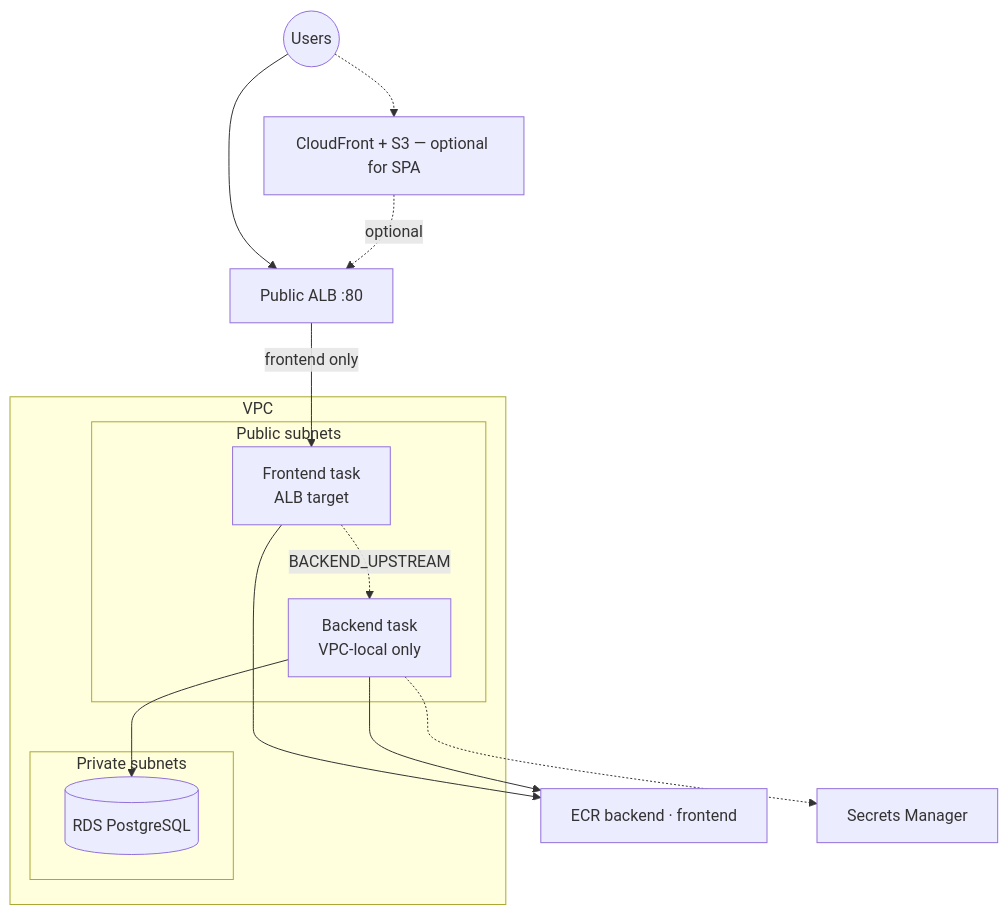
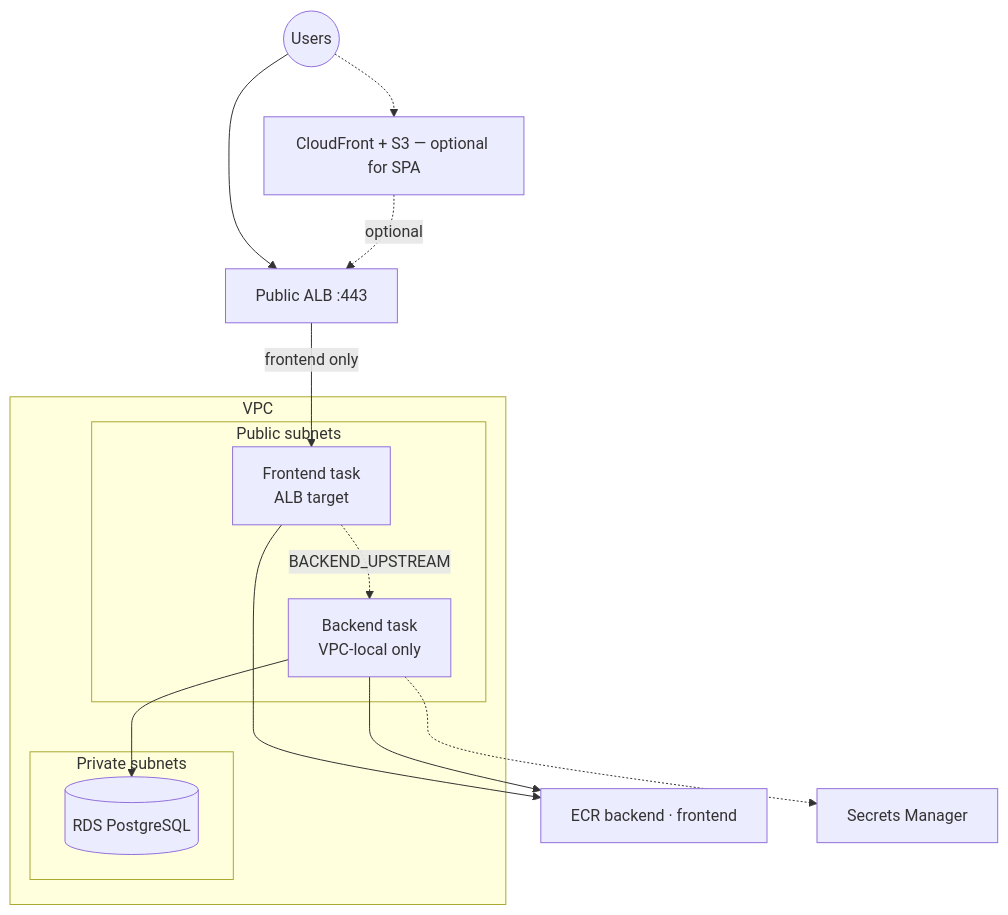
One commit to mazarsju/teacher-wang-infra changed the diagram in docs/architecture-choice-ecs.md. Above: the diagram before and after it, drawn with Mermaid. The commit also changed other lines of this file and 16 other files, not shown here.

````diff
--- a/docs/architecture-choice-ecs.md
+++ b/docs/architecture-choice-ecs.md
@@ -61,30 +61,30 @@
 ```mermaid
 flowchart TB
   Users((Users))
-  ALB["Public ALB :80"]
+  ALB["Public ALB :443"]
   CF["CloudFront + S3 — optional for SPA"]
 
   Users --> ALB
   Users -.-> CF
 
   subgraph VPC["VPC"]
     subgraph Public["Public subnets"]
       FE["Frontend task<br/>ALB target"]
       BE["Backend task<br/>VPC-local only"]
     end
     subgraph Private["Private subnets"]
       RDS[(RDS PostgreSQL)]
     end
   end
 
   ECR["ECR backend · frontend"]
   SM["Secrets Manager"]
 
   ALB -->|frontend only| FE
   FE -.->|BACKEND_UPSTREAM| BE
   BE --> RDS
   FE --> ECR
   BE --> ECR
   BE -.-> SM
   CF -.->|optional| ALB
 ```
````
